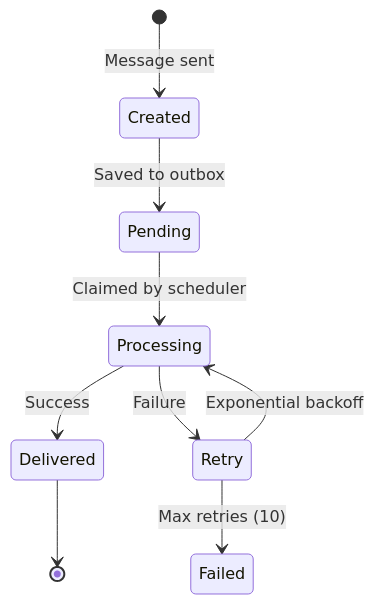
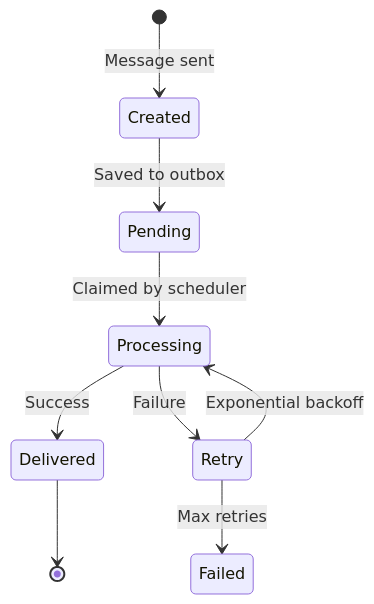
Before and after one commit to kagit00/chats: the eighth of 8 diagrams in docs/HighLevelDesign.md, drawn with Mermaid. The commit also changed other lines of this file and 2 other files, not shown here.

````diff
--- a/docs/HighLevelDesign.md
+++ b/docs/HighLevelDesign.md
@@ -315,11 +315,11 @@
 ```mermaid
 stateDiagram-v2
     [*] --> Created: Message sent
     Created --> Pending: Saved to outbox
     Pending --> Processing: Claimed by scheduler
     Processing --> Delivered: Success
     Processing --> Retry: Failure
     Retry --> Processing: Exponential backoff
-    Retry --> Failed: Max retries (10)
+    Retry --> Failed: Max retries
     Delivered --> [*]
 ```
````
